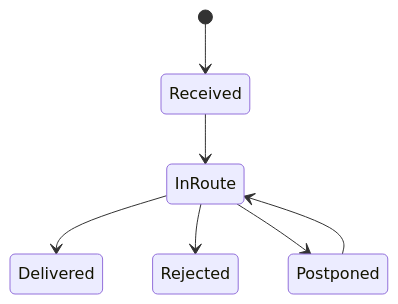
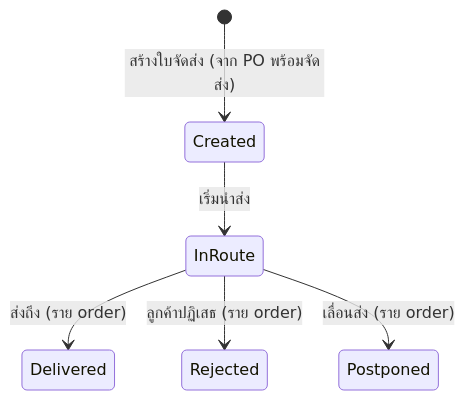
One commit to sitthi-phat/erp-cosmetics-manufacturing-module changed the fifth of 7 diagrams in docs/requirements/erp-v2-ui-first/status-journeys.md. Above: the diagram before and after it, drawn with Mermaid. The commit also changed other lines of this file and 3 other files, not shown here.

````diff
--- a/docs/requirements/erp-v2-ui-first/status-journeys.md
+++ b/docs/requirements/erp-v2-ui-first/status-journeys.md
@@ -130,9 +130,8 @@
 ```mermaid
 stateDiagram-v2
-    [*] --> Received
-    Received --> InRoute
-    InRoute --> Delivered
-    InRoute --> Rejected
-    InRoute --> Postponed
-    Postponed --> InRoute
+    [*] --> Created: สร้างใบจัดส่ง (จาก PO พร้อมจัดส่ง)
+    Created --> InRoute: เริ่มนำส่ง
+    InRoute --> Delivered: ส่งถึง (ราย order)
+    InRoute --> Rejected: ลูกค้าปฏิเสธ (ราย order)
+    InRoute --> Postponed: เลื่อนส่ง (ราย order)
 ```
````
